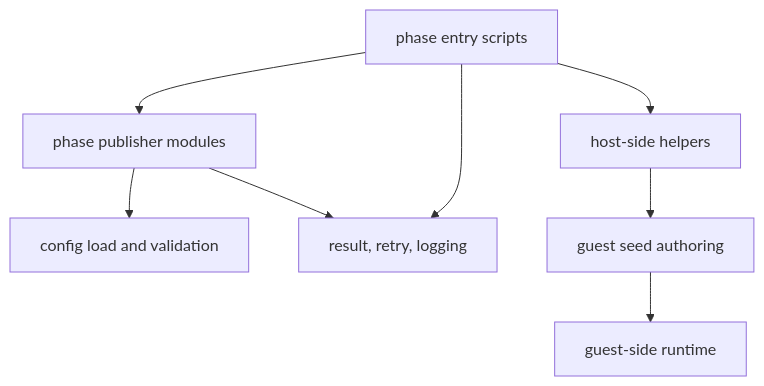
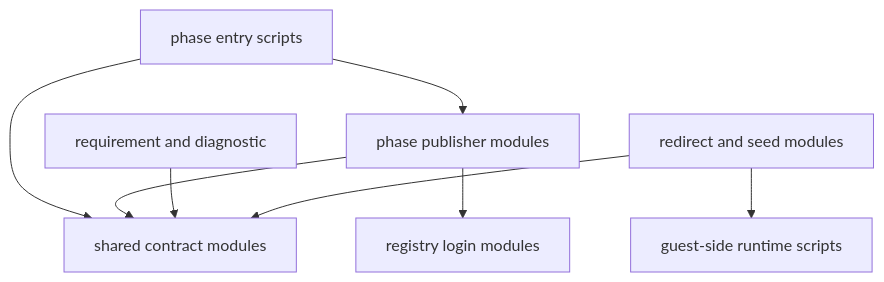
Before and after one commit to alissonsol/yuruna: the first of 7 diagrams in docs/design/02-component-breakdown.md, drawn with Mermaid. The commit also changed other lines of this file and 752 other files, not shown here.

````diff
--- a/docs/design/02-component-breakdown.md
+++ b/docs/design/02-component-breakdown.md
@@ -21,18 +41,18 @@
 ```mermaid
 flowchart TD
-    entry-scripts["phase entry scripts"]
-    phase-publishers["phase publisher modules"]
-    config-load["config load and validation"]
-    run-outcome["result, retry, logging"]
-    host-helpers["host-side helpers"]
-    guest-seed["guest seed authoring"]
-    guest-runtime["guest-side runtime"]
+    phase-entrypoints["phase entry scripts"]
+    phase-modules["phase publisher modules"]
+    shared-contract["shared contract modules"]
+    registry-credentials["registry login modules"]
+    host-seed-modules["redirect and seed modules"]
+    requirement-diagnostic["requirement and diagnostic"]
+    guest-side-runtime["guest-side runtime scripts"]
 
-    entry-scripts --> phase-publishers
-    entry-scripts --> run-outcome
-    entry-scripts --> host-helpers
-    phase-publishers --> config-load
-    phase-publishers --> run-outcome
-    host-helpers --> guest-seed
-    guest-seed --> guest-runtime
+    phase-entrypoints --> phase-modules
+    phase-entrypoints --> shared-contract
+    phase-modules --> shared-contract
+    phase-modules --> registry-credentials
+    requirement-diagnostic --> shared-contract
+    host-seed-modules --> shared-contract
+    host-seed-modules --> guest-side-runtime
 ```
````
